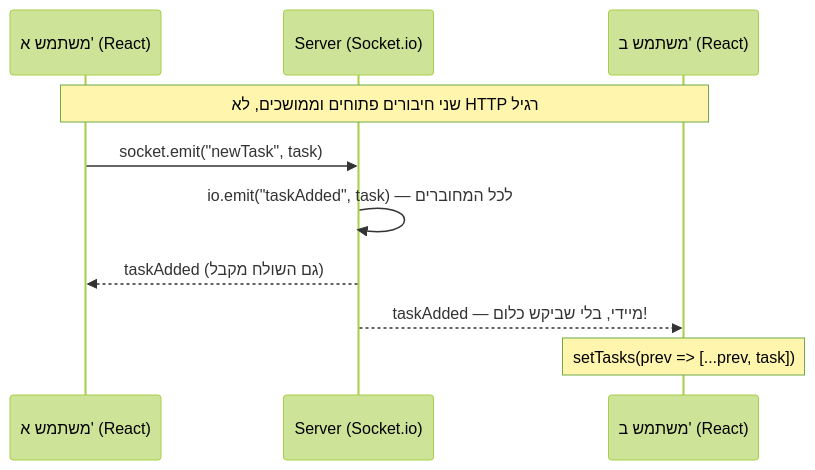
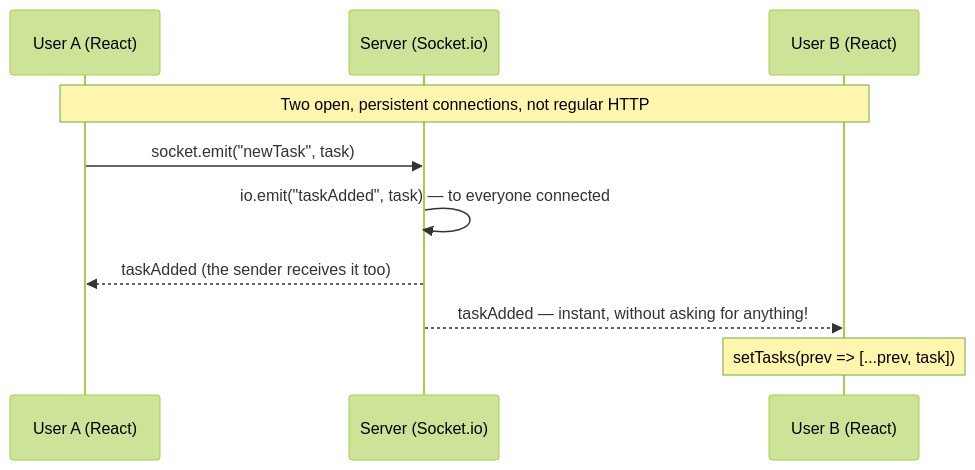
One commit to neriyaMalachi/FullStack_kodkode_5 changed the diagram in content/docs/react-server/105-websockets-content.md. Above: the diagram before and after it, drawn with Mermaid (forest theme). The commit also changed other lines of this file and 117 other files, not shown here.

````diff
--- a/content/docs/react-server/105-websockets-content.md
+++ b/content/docs/react-server/105-websockets-content.md
@@ -54,13 +54,13 @@
 ```mermaid
 sequenceDiagram
-    participant A as משתמש א' (React)
+    participant A as User A (React)
     participant S as Server (Socket.io)
-    participant B as משתמש ב' (React)
+    participant B as User B (React)
 
-    Note over A,B: שני חיבורים פתוחים וממושכים, לא HTTP רגיל
+    Note over A,B: Two open, persistent connections, not regular HTTP
     A->>S: socket.emit("newTask", task)
-    S->>S: io.emit("taskAdded", task) — לכל המחוברים
-    S-->>A: taskAdded (גם השולח מקבל)
-    S-->>B: taskAdded — מיידי, בלי שביקש כלום!
+    S->>S: io.emit("taskAdded", task) — to everyone connected
+    S-->>A: taskAdded (the sender receives it too)
+    S-->>B: taskAdded — instant, without asking for anything!
     Note over B: setTasks(prev => [...prev, task])
 ```
````
